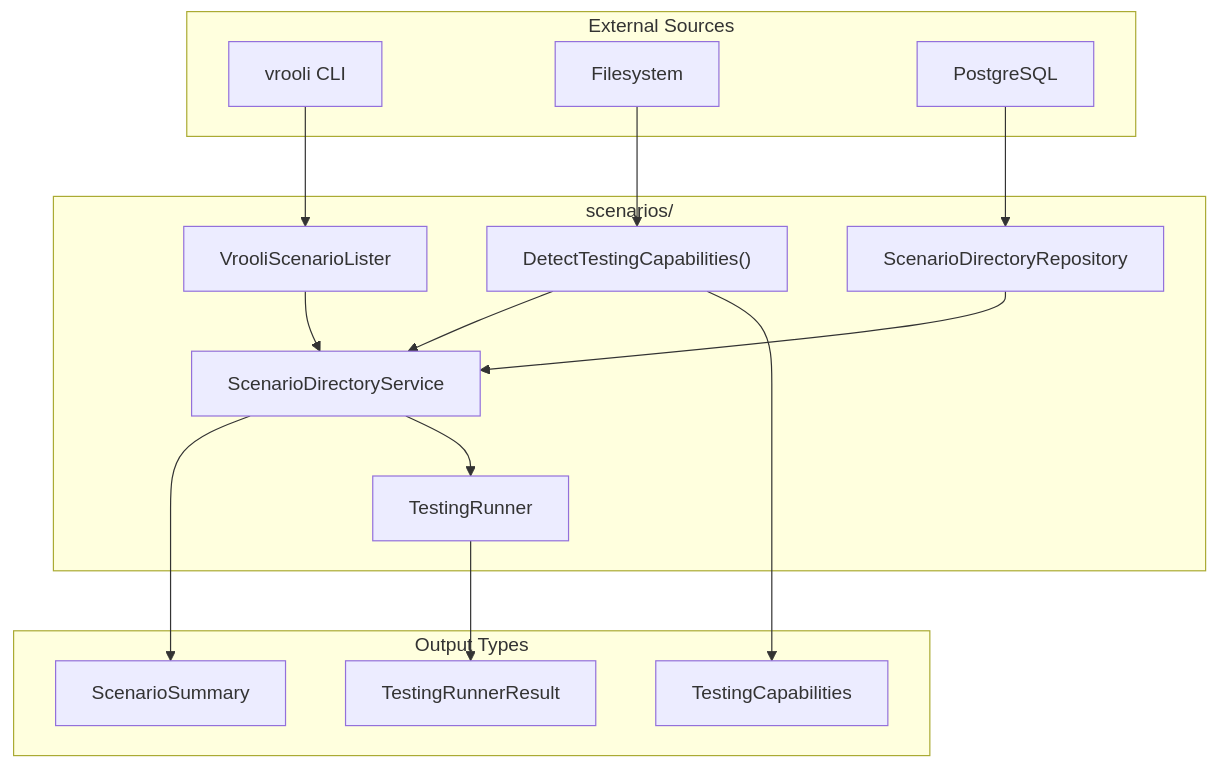
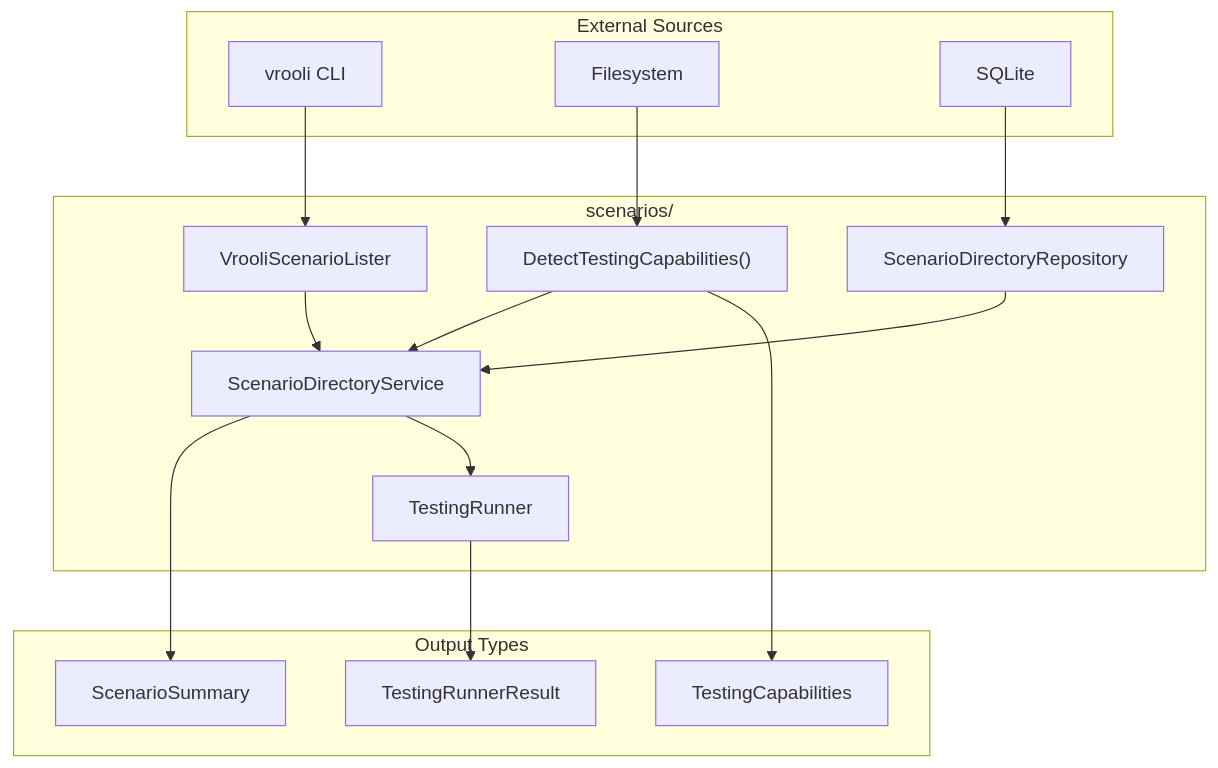
One commit to Vrooli/Vrooli changed the first of 2 diagrams in scenarios/test-genie/api/internal/scenarios/README.md. Above: the diagram before and after it, drawn with Mermaid. The commit also changed other lines of this file and 183 other files, not shown here.

````diff
--- a/scenarios/test-genie/api/internal/scenarios/README.md
+++ b/scenarios/test-genie/api/internal/scenarios/README.md
@@ -7,35 +7,35 @@
 ```mermaid
 flowchart TB
     subgraph External["External Sources"]
         cli["vrooli CLI"]
         fs["Filesystem"]
-        db["PostgreSQL"]
+        db["SQLite"]
     end
 
     subgraph Scenarios["scenarios/"]
         svc["ScenarioDirectoryService"]
         repo["ScenarioDirectoryRepository"]
         lister["VrooliScenarioLister"]
         caps["DetectTestingCapabilities()"]
         runner["TestingRunner"]
     end
 
     subgraph Output["Output Types"]
         summary["ScenarioSummary"]
         testing["TestingCapabilities"]
         result["TestingRunnerResult"]
     end
 
     cli --> lister
     lister --> svc
     fs --> caps
     caps --> svc
     db --> repo
     repo --> svc
 
     svc --> summary
     caps --> testing
     runner --> result
 
     svc --> runner
 ```
````
